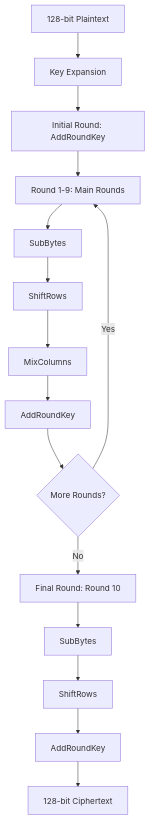
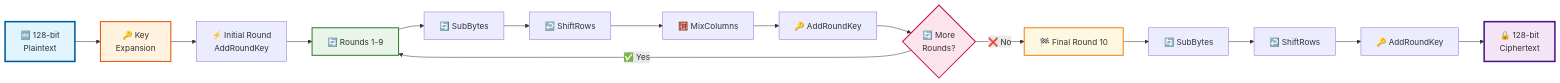
Before and after one commit to Ardhish2210/AES128-EncryptionDecryption-Verilog: the first of 2 diagrams in README.md, drawn with Mermaid. The commit also changed other lines of this file, not shown here.

````diff
--- a/README.md
+++ b/README.md
@@ -42,17 +42,24 @@
 ```mermaid
-flowchart TD
-    A[128-bit Plaintext] --> B[Key Expansion]
-    B --> C[Initial Round: AddRoundKey]
-    C --> D[Round 1-9: Main Rounds]
-    D --> E[SubBytes]
-    E --> F[ShiftRows]
-    F --> G[MixColumns]
-    G --> H[AddRoundKey]
-    H --> I{More Rounds?}
-    I -->|Yes| D
-    I -->|No| J[Final Round: Round 10]
-    J --> K[SubBytes]
-    K --> L[ShiftRows]
-    L --> M[AddRoundKey]
-    M --> N[128-bit Ciphertext]
+flowchart LR
+    A["🔤 128-bit<br/>Plaintext"] --> B["🔑 Key<br/>Expansion"]
+    B --> C["⚡ Initial Round<br/>AddRoundKey"]
+    C --> D["🔄 Rounds 1-9"]
+    D --> E["🔄 SubBytes"]
+    E --> F["↩️ ShiftRows"]
+    F --> G["🧮 MixColumns"]
+    G --> H["🔑 AddRoundKey"]
+    H --> I{"🔄 More<br/>Rounds?"}
+    I -->|"✅ Yes"| D
+    I -->|"❌ No"| J["🏁 Final Round 10"]
+    J --> K["🔄 SubBytes"]
+    K --> L["↩️ ShiftRows"]
+    L --> M["🔑 AddRoundKey"]
+    M --> N["🔒 128-bit<br/>Ciphertext"]
+    
+    style A fill:#e1f5fe,stroke:#01579b,stroke-width:3px
+    style N fill:#f3e5f5,stroke:#4a148c,stroke-width:3px
+    style B fill:#fff3e0,stroke:#e65100,stroke-width:2px
+    style D fill:#e8f5e8,stroke:#2e7d32,stroke-width:2px
+    style J fill:#fff8e1,stroke:#f57f17,stroke-width:2px
+    style I fill:#fce4ec,stroke:#c2185b,stroke-width:2px
 ```
````
